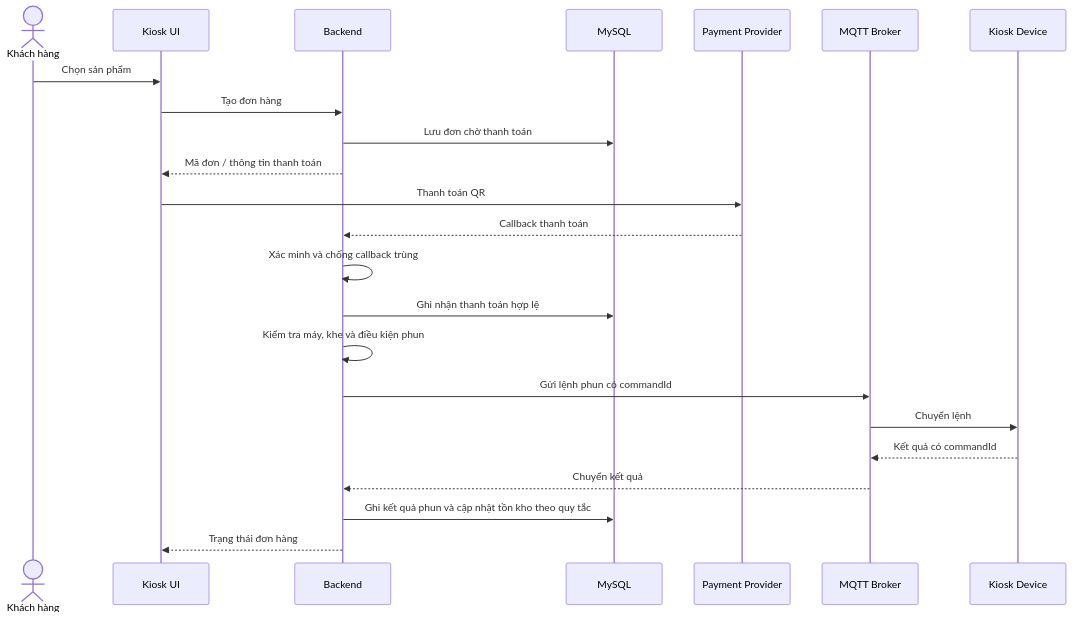
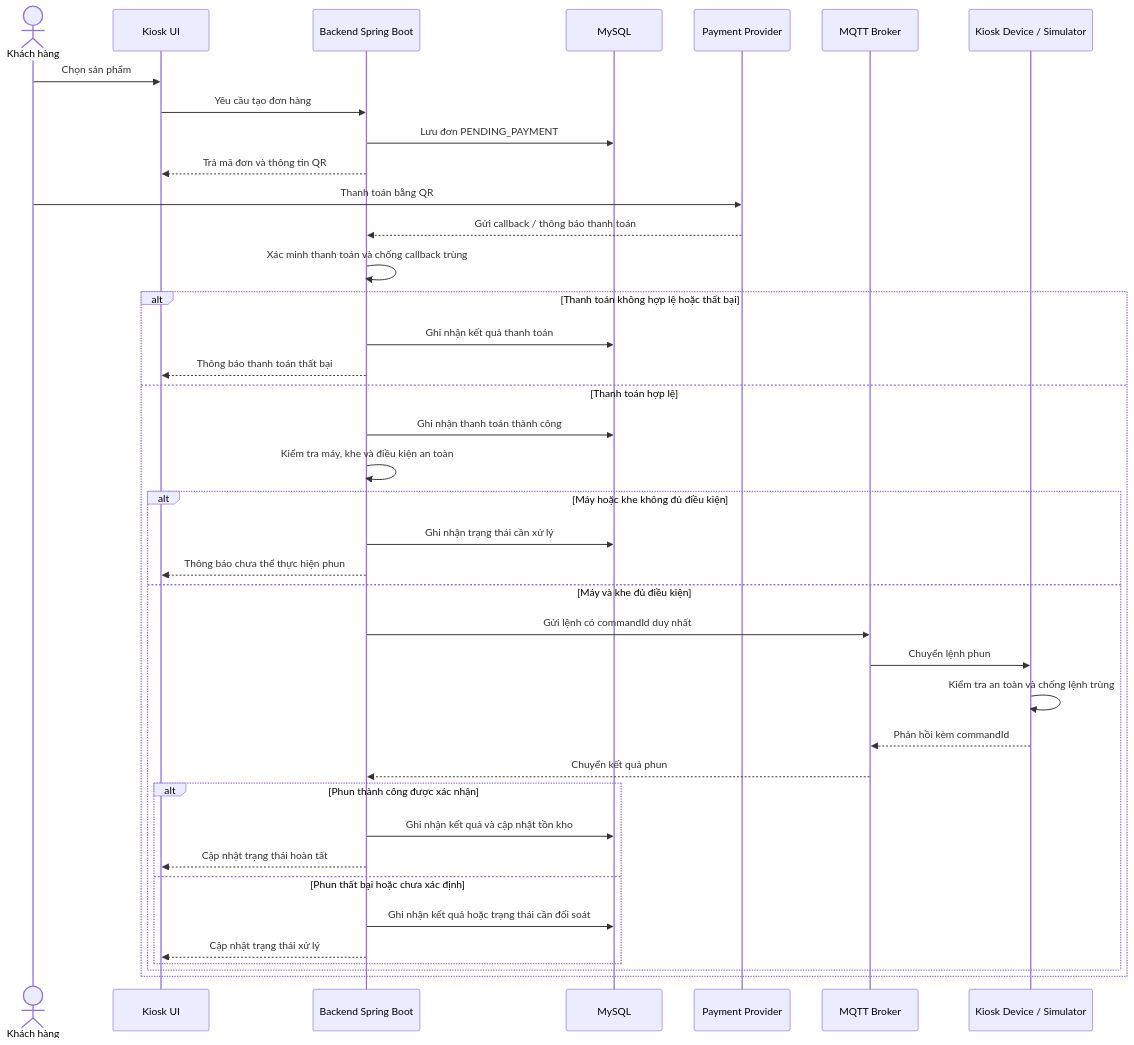
One commit to CamTupn/ProjectJava changed the second of 2 diagrams in docs/architecture/system-architecture.md. Above: the diagram before and after it, drawn with Mermaid. The commit also changed other lines of this file, not shown here.

Commit message:
fix docs(TASK-002): system architecture

````diff
--- a/docs/architecture/system-architecture.md
+++ b/docs/architecture/system-architecture.md
@@ -114,26 +123,46 @@
 ```mermaid
 sequenceDiagram
     actor Customer as Khách hàng
     participant UI as Kiosk UI
-    participant API as Backend
+    participant API as Backend Spring Boot
     participant DB as MySQL
     participant Pay as Payment Provider
     participant MQTT as MQTT Broker
-    participant Device as Kiosk Device
+    participant Device as Kiosk Device / Simulator
 
     Customer->>UI: Chọn sản phẩm
-    UI->>API: Tạo đơn hàng
-    API->>DB: Lưu đơn chờ thanh toán
-    API-->>UI: Mã đơn / thông tin thanh toán
-    UI->>Pay: Thanh toán QR
-    Pay-->>API: Callback thanh toán
-    API->>API: Xác minh và chống callback trùng
-    API->>DB: Ghi nhận thanh toán hợp lệ
-    API->>API: Kiểm tra máy, khe và điều kiện phun
-    API->>MQTT: Gửi lệnh phun có commandId
-    MQTT->>Device: Chuyển lệnh
-    Device-->>MQTT: Kết quả có commandId
-    MQTT-->>API: Chuyển kết quả
-    API->>DB: Ghi kết quả phun và cập nhật tồn kho theo quy tắc
-    API-->>UI: Trạng thái đơn hàng
+    UI->>API: Yêu cầu tạo đơn hàng
+    API->>DB: Lưu đơn PENDING_PAYMENT
+    API-->>UI: Trả mã đơn và thông tin QR
+
+    Customer->>Pay: Thanh toán bằng QR
+    Pay-->>API: Gửi callback / thông báo thanh toán
+    API->>API: Xác minh thanh toán và chống callback trùng
+
+    alt Thanh toán không hợp lệ hoặc thất bại
+        API->>DB: Ghi nhận kết quả thanh toán
+        API-->>UI: Thông báo thanh toán thất bại
+    else Thanh toán hợp lệ
+        API->>DB: Ghi nhận thanh toán thành công
+        API->>API: Kiểm tra máy, khe và điều kiện an toàn
+
+        alt Máy hoặc khe không đủ điều kiện
+            API->>DB: Ghi nhận trạng thái cần xử lý
+            API-->>UI: Thông báo chưa thể thực hiện phun
+        else Máy và khe đủ điều kiện
+            API->>MQTT: Gửi lệnh có commandId duy nhất
+            MQTT->>Device: Chuyển lệnh phun
+            Device->>Device: Kiểm tra an toàn và chống lệnh trùng
+            Device-->>MQTT: Phản hồi kèm commandId
+            MQTT-->>API: Chuyển kết quả phun
+
+            alt Phun thành công được xác nhận
+                API->>DB: Ghi nhận kết quả và cập nhật tồn kho
+                API-->>UI: Cập nhật trạng thái hoàn tất
+            else Phun thất bại hoặc chưa xác định
+                API->>DB: Ghi nhận kết quả hoặc trạng thái cần đối soát
+                API-->>UI: Cập nhật trạng thái xử lý
+            end
+        end
+    end
 ```
````
